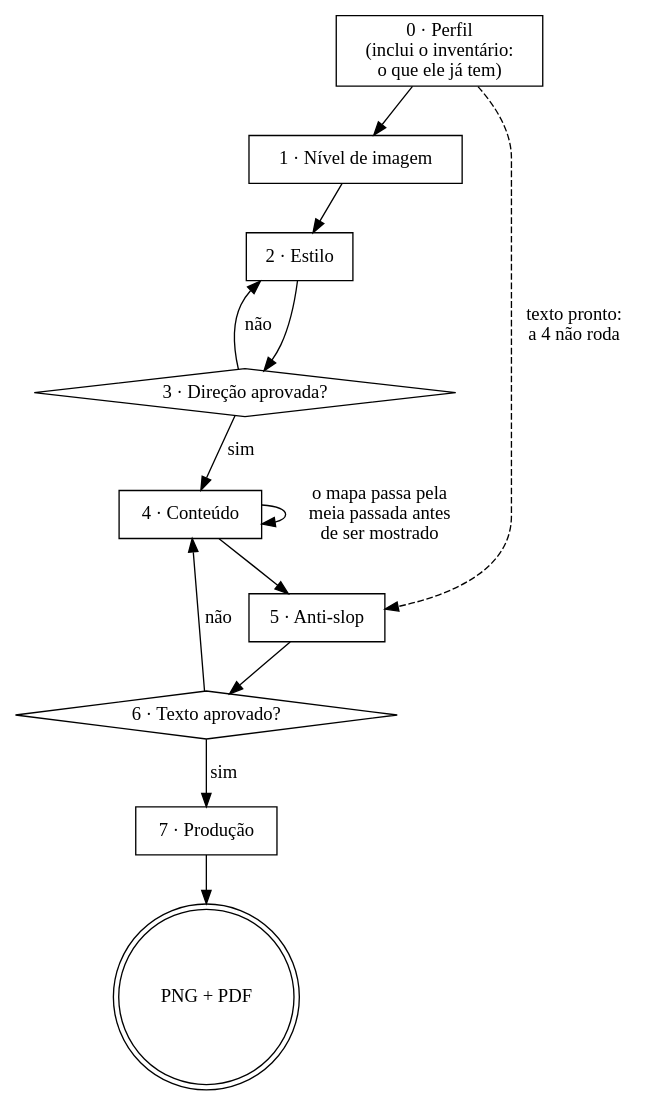
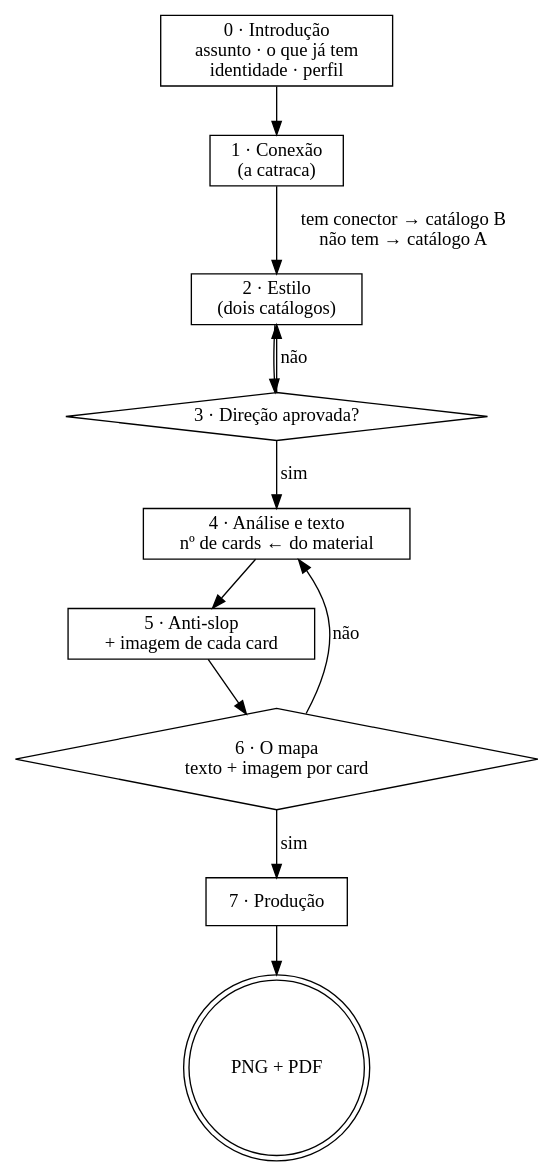
The diagram in SKILL.md (drudif/carroussel-please), drawn with Graphviz before and after one commit. The commit also changed other lines of this file and 5 other files, not shown here.

````diff
--- a/SKILL.md
+++ b/SKILL.md
@@ -30,25 +30,23 @@
 ```dot
 digraph carrossel {
-  "0 · Perfil\n(inclui o inventário:\no que ele já tem)" [shape=box];
-  "1 · Nível de imagem" [shape=box];
-  "2 · Estilo" [shape=box];
+  "0 · Introdução\nassunto · o que já tem\nidentidade · perfil" [shape=box];
+  "1 · Conexão\n(a catraca)" [shape=box];
+  "2 · Estilo\n(dois catálogos)" [shape=box];
   "3 · Direção aprovada?" [shape=diamond];
-  "4 · Conteúdo" [shape=box];
-  "5 · Anti-slop" [shape=box];
-  "6 · Texto aprovado?" [shape=diamond];
+  "4 · Análise e texto\nnº de cards ← do material" [shape=box];
+  "5 · Anti-slop\n+ imagem de cada card" [shape=box];
+  "6 · O mapa\ntexto + imagem por card" [shape=diamond];
   "7 · Produção" [shape=box];
   "PNG + PDF" [shape=doublecircle];
 
-  "0 · Perfil\n(inclui o inventário:\no que ele já tem)" -> "1 · Nível de imagem" -> "2 · Estilo" -> "3 · Direção aprovada?";
-  "3 · Direção aprovada?" -> "2 · Estilo" [label="não"];
-  "3 · Direção aprovada?" -> "4 · Conteúdo" [label="sim"];
-  "4 · Conteúdo" -> "5 · Anti-slop" -> "6 · Texto aprovado?";
-  "4 · Conteúdo" -> "4 · Conteúdo"
-      [label="o mapa passa pela\nmeia passada antes\nde ser mostrado"];
-  "0 · Perfil\n(inclui o inventário:\no que ele já tem)" -> "5 · Anti-slop"
-      [label="texto pronto:\na 4 não roda", style=dashed];
-  "6 · Texto aprovado?" -> "4 · Conteúdo" [label="não"];
-  "6 · Texto aprovado?" -> "7 · Produção" [label="sim"];
+  "0 · Introdução\nassunto · o que já tem\nidentidade · perfil" -> "1 · Conexão\n(a catraca)";
+  "1 · Conexão\n(a catraca)" -> "2 · Estilo\n(dois catálogos)" [label="tem conector → catálogo B\nnão tem → catálogo A"];
+  "2 · Estilo\n(dois catálogos)" -> "3 · Direção aprovada?";
+  "3 · Direção aprovada?" -> "2 · Estilo\n(dois catálogos)" [label="não"];
+  "3 · Direção aprovada?" -> "4 · Análise e texto\nnº de cards ← do material" [label="sim"];
+  "4 · Análise e texto\nnº de cards ← do material" -> "5 · Anti-slop\n+ imagem de cada card" -> "6 · O mapa\ntexto + imagem por card";
+  "6 · O mapa\ntexto + imagem por card" -> "4 · Análise e texto\nnº de cards ← do material" [label="não"];
+  "6 · O mapa\ntexto + imagem por card" -> "7 · Produção" [label="sim"];
   "7 · Produção" -> "PNG + PDF";
 }
 ```
````
